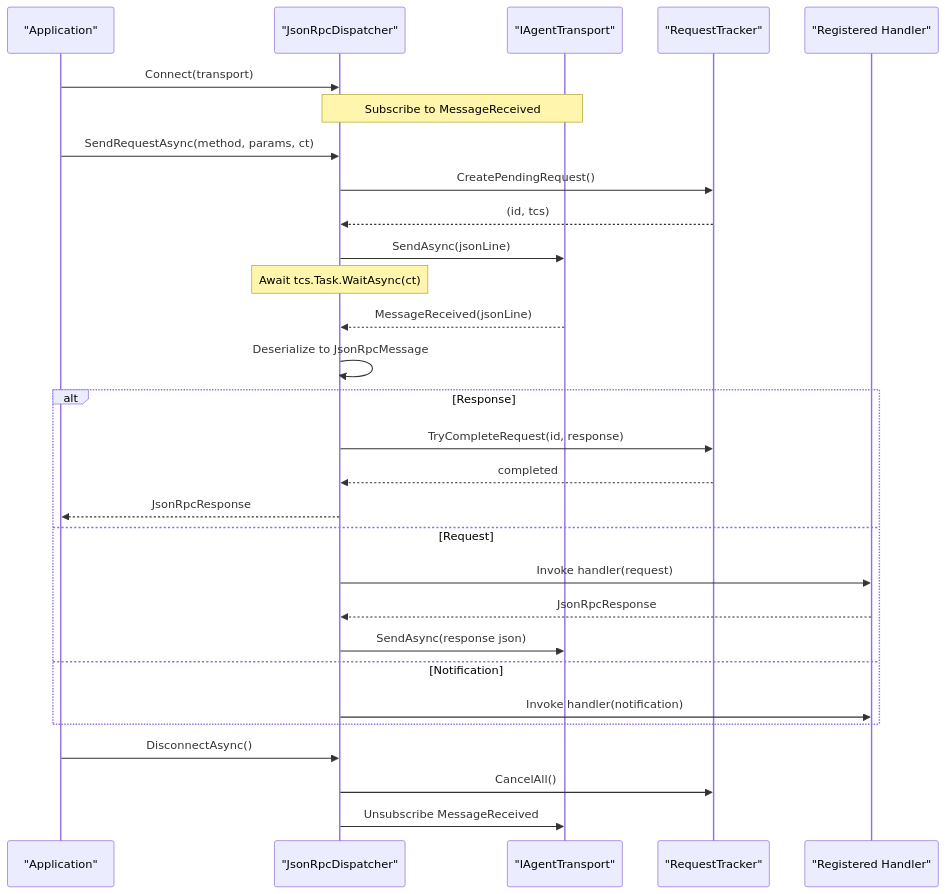
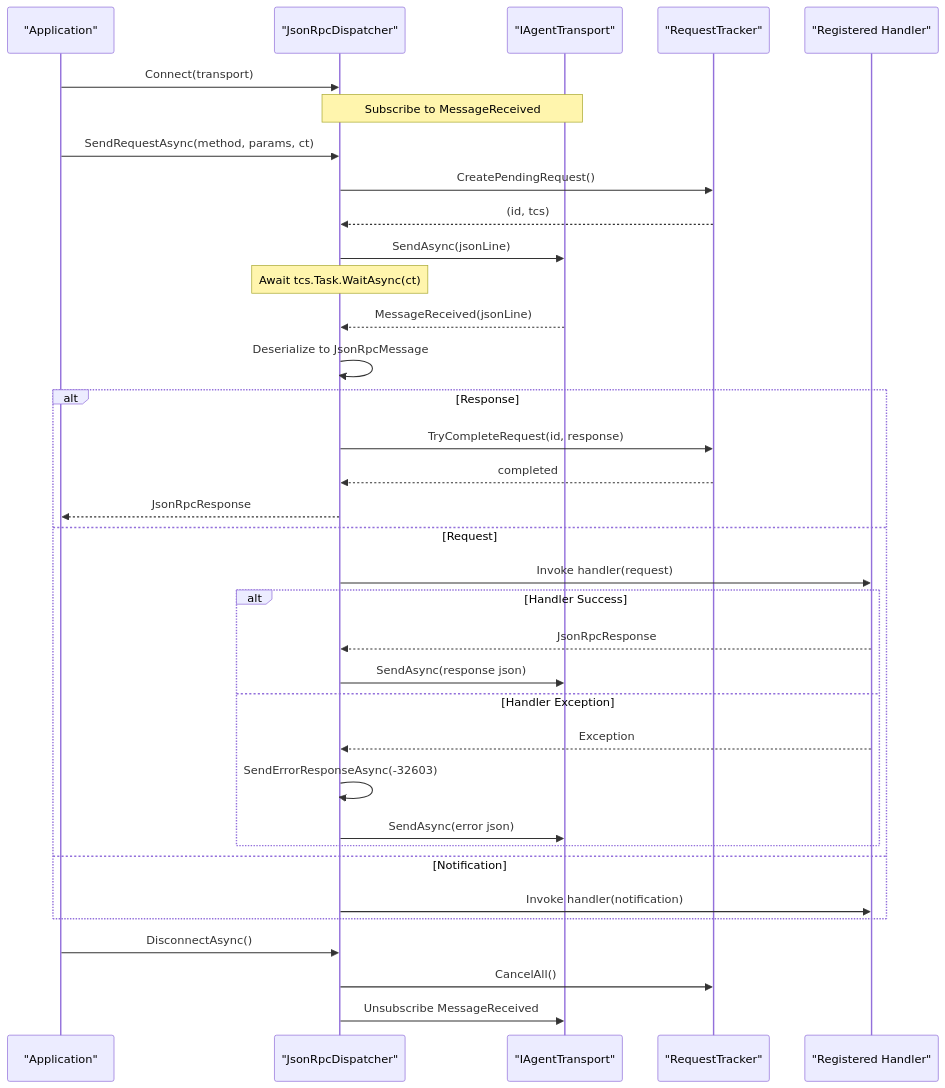
The second of 7 diagrams in .qoder/repowiki/en/content/Protocol Handling.md (AgenticDesktop/ACPLibrary), drawn with Mermaid before and after one commit. The commit also changed other lines of this file and 59 other files, not shown here.

````diff
--- a/.qoder/repowiki/en/content/Protocol Handling.md
+++ b/.qoder/repowiki/en/content/Protocol Handling.md
@@ -115,31 +127,37 @@
 ```mermaid
 sequenceDiagram
 participant App as "Application"
 participant Disp as "JsonRpcDispatcher"
 participant Tr as "IAgentTransport"
 participant RT as "RequestTracker"
 participant H as "Registered Handler"
 App->>Disp : Connect(transport)
 Note over Disp,Tr : Subscribe to MessageReceived
 App->>Disp : SendRequestAsync(method, params, ct)
 Disp->>RT : CreatePendingRequest()
 RT-->>Disp : (id, tcs)
 Disp->>Tr : SendAsync(jsonLine)
 Note over Disp : Await tcs.Task.WaitAsync(ct)
 Tr-->>Disp : MessageReceived(jsonLine)
 Disp->>Disp : Deserialize to JsonRpcMessage
 alt Response
 Disp->>RT : TryCompleteRequest(id, response)
 RT-->>Disp : completed
 Disp-->>App : JsonRpcResponse
 else Request
 Disp->>H : Invoke handler(request)
+alt Handler Success
 H-->>Disp : JsonRpcResponse
 Disp->>Tr : SendAsync(response json)
+else Handler Exception
+H-->>Disp : Exception
+Disp->>Disp : SendErrorResponseAsync(-32603)
+Disp->>Tr : SendAsync(error json)
+end
 else Notification
 Disp->>H : Invoke handler(notification)
 end
 App->>Disp : DisconnectAsync()
 Disp->>RT : CancelAll()
 Disp->>Tr : Unsubscribe MessageReceived
 ```
````
